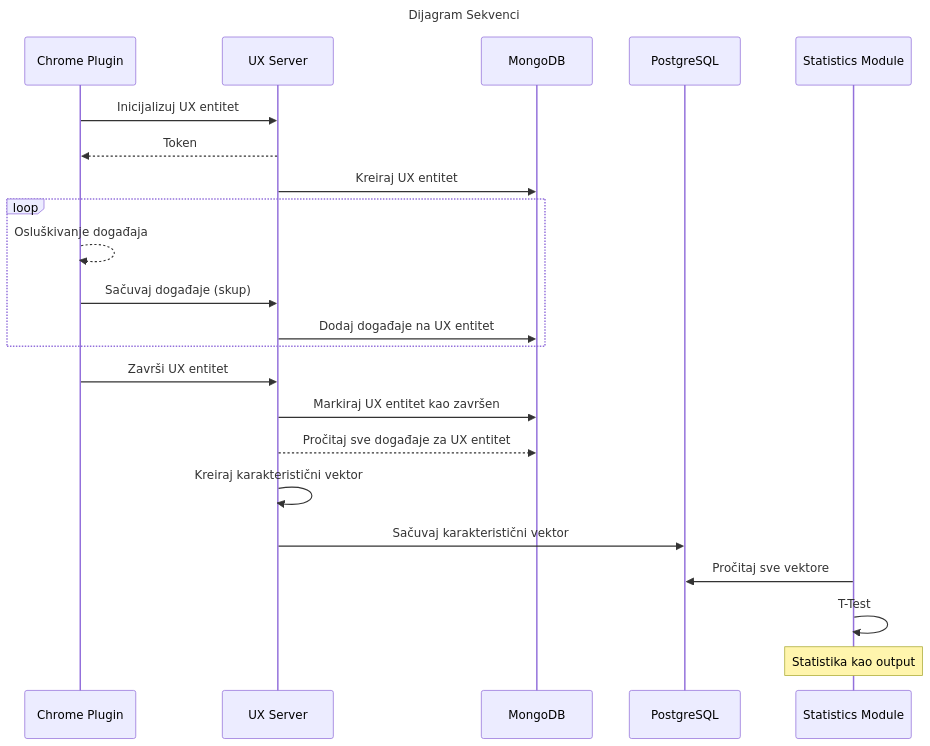
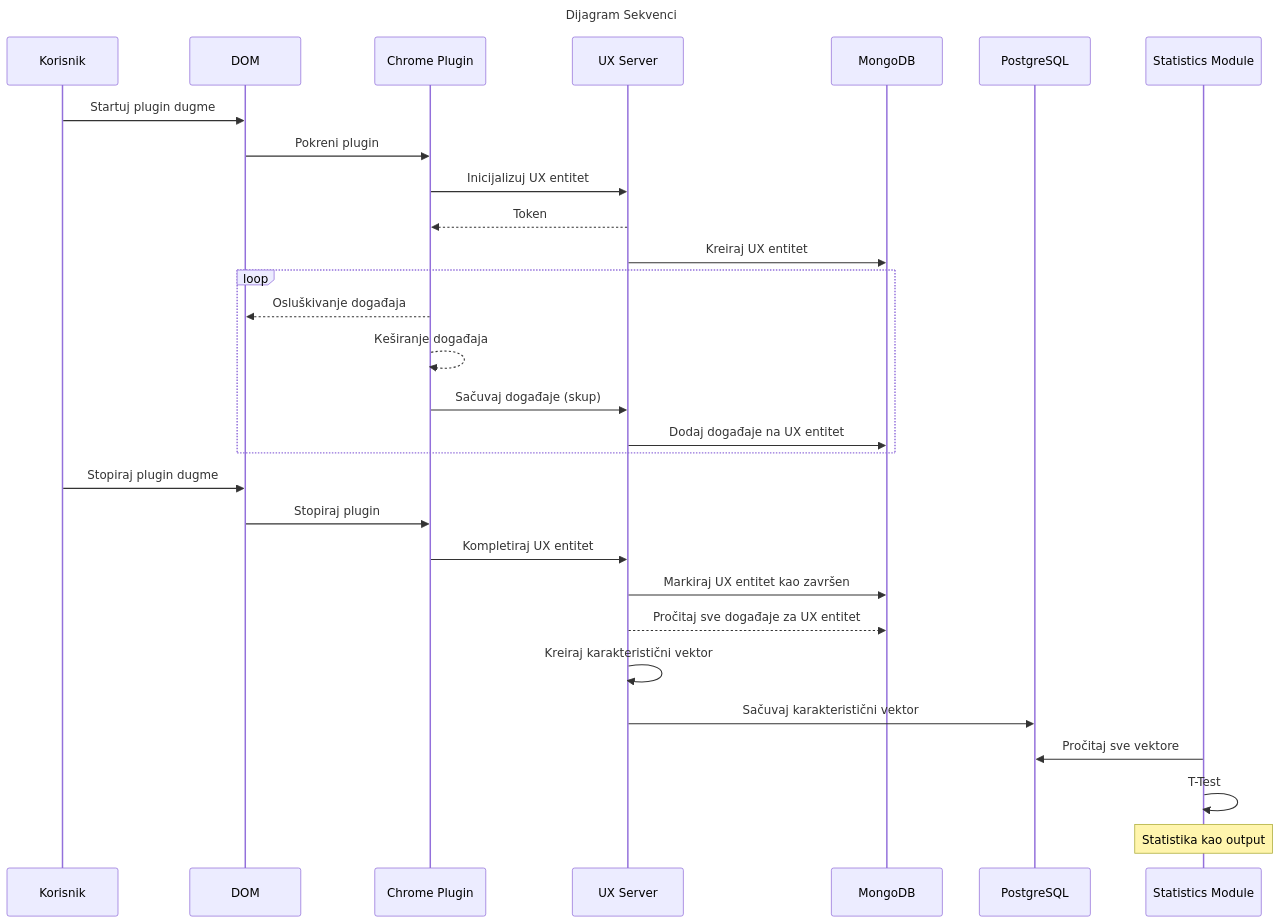
One commit to dragutint/ux-analytics changed the diagram in diagrams/sequence-diagram.mmd. Above: the diagram before and after it, drawn with Mermaid.

Commit message:
sequence diagram completed

```diff
--- a/diagrams/sequence-diagram.mmd
+++ b/diagrams/sequence-diagram.mmd
@@ -1,29 +1,36 @@
 sequenceDiagram
     title Dijagram Sekvenci
 
+    participant User as Korisnik
+    participant DOM as DOM
     participant ChromePlugin as Chrome Plugin
     participant UXServer as UX Server
     participant MongoDB as MongoDB
     participant PostgreSQL as PostgreSQL
     participant StatisticsModule as Statistics Module
 
+    User->>DOM: Startuj plugin dugme
+    DOM->>ChromePlugin: Pokreni plugin
     ChromePlugin->>UXServer: Inicijalizuj UX entitet
     UXServer-->>ChromePlugin: Token
     UXServer->>MongoDB: Kreiraj UX entitet
 
     loop
-        ChromePlugin-->>ChromePlugin: Osluškivanje događaja
+        ChromePlugin-->>DOM: Osluškivanje događaja
+        ChromePlugin-->>ChromePlugin: Кеširanje događaja
         ChromePlugin->>UXServer: Sačuvaj događaje (skup)
         UXServer->>MongoDB: Dodaj događaje na UX entitet
     end
 
-    ChromePlugin->>UXServer: Završi UX entitet
+    User->>DOM: Stopiraj plugin dugme
+    DOM->>ChromePlugin: Stopiraj plugin
+    ChromePlugin->>UXServer: Kompletiraj UX entitet
     UXServer->>MongoDB: Markiraj UX entitet kao završen
     UXServer-->>MongoDB: Pročitaj sve događaje za UX entitet
     UXServer->>UXServer: Kreiraj karakteristični vektor
     UXServer->>PostgreSQL: Sačuvaj karakteristični vektor
 
     StatisticsModule->>PostgreSQL: Pročitaj sve vektore
     StatisticsModule->>StatisticsModule: T-Test
 
     Note over StatisticsModule: Statistika kao output
```
